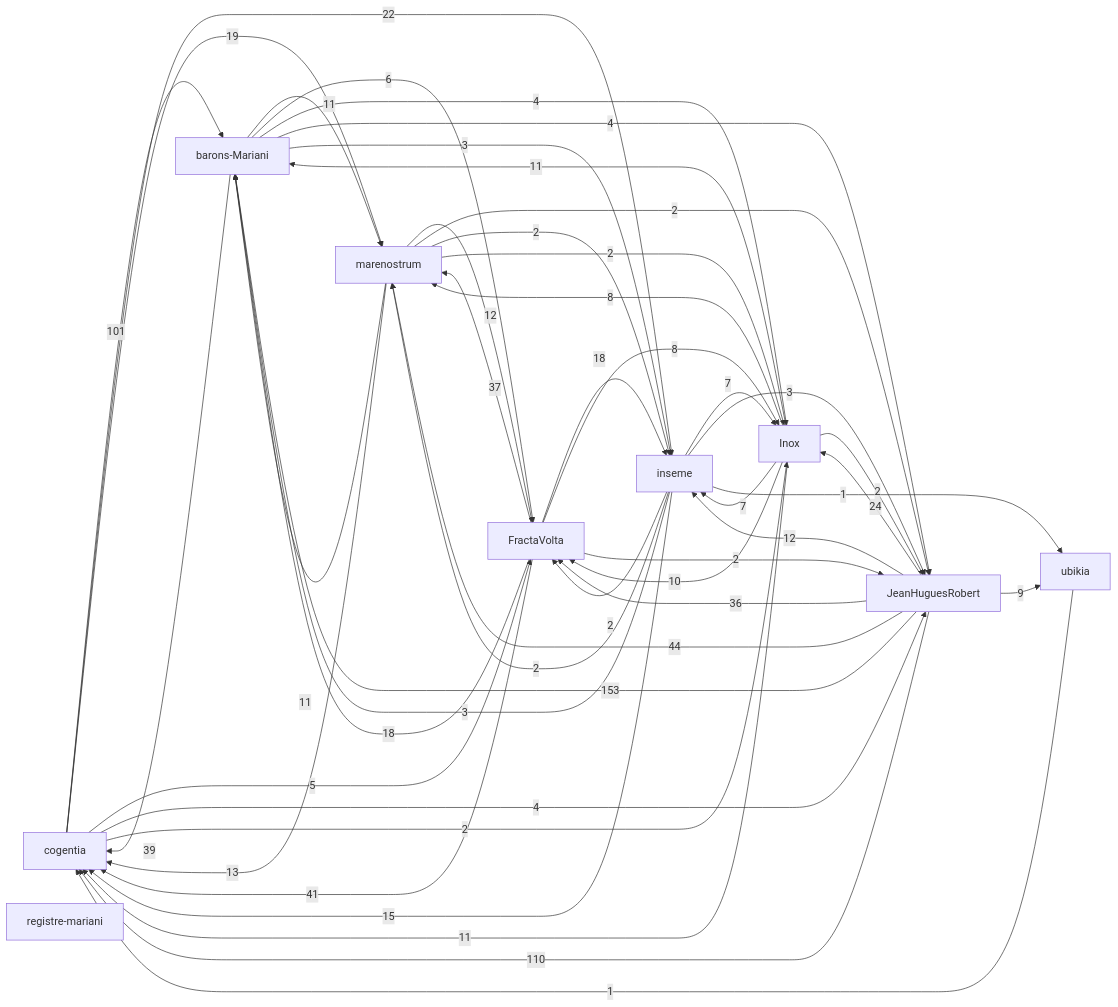
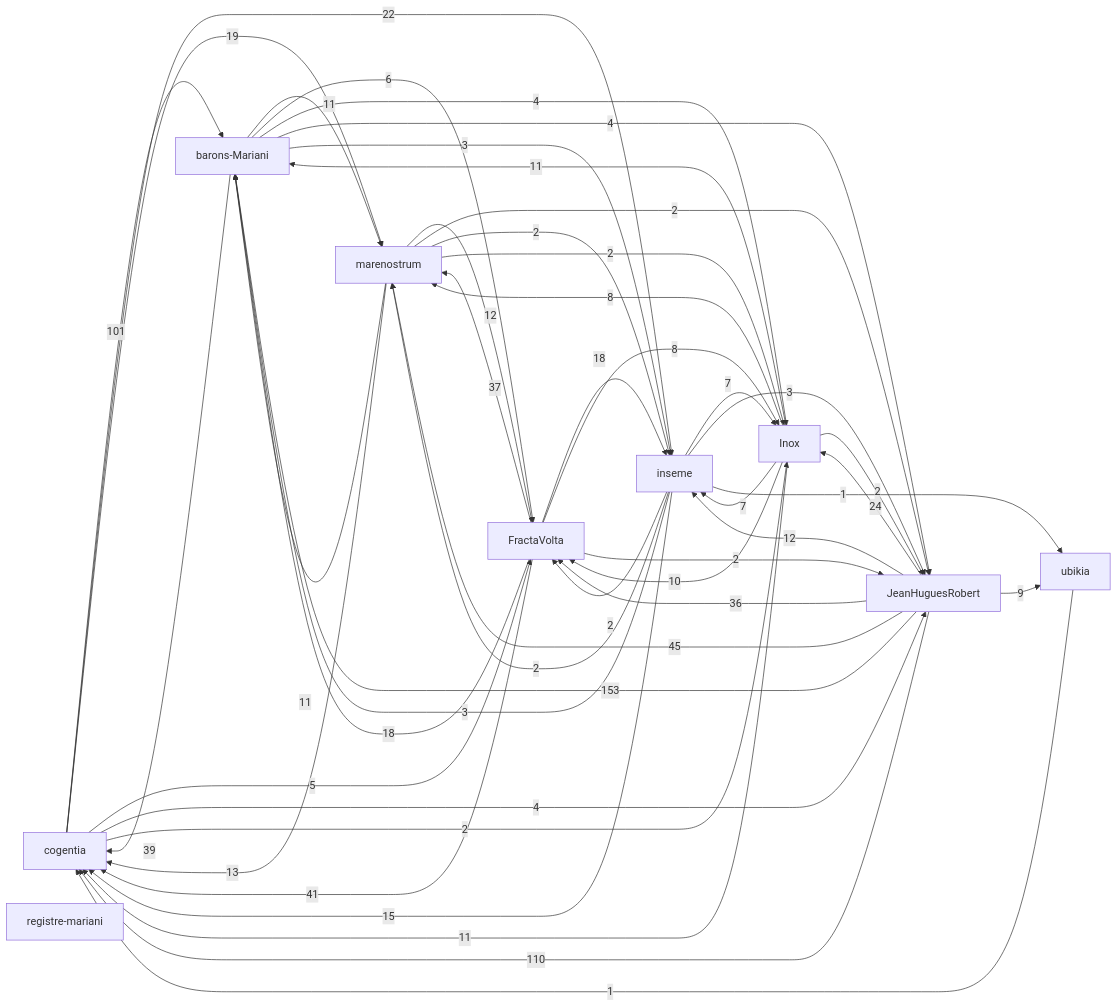
One commit to JeanHuguesRobert/FractaVolta changed the first of 2 diagrams in research/corpus-status.md. Above: the diagram before and after it, drawn with Mermaid.

Commit message:
Refresh corpus graph after catalog update

````diff
--- a/research/corpus-status.md
+++ b/research/corpus-status.md
@@ -48,57 +48,57 @@
 ```mermaid
 graph LR
   r_cogentia["cogentia"]
   r_fractavolta["FractaVolta"]
   r_marenostrum["marenostrum"]
   r_barons_mariani["barons-Mariani"]
   r_inseme["inseme"]
   r_inox["Inox"]
   r_registre_mariani["registre-mariani"]
   r_ubikia["ubikia"]
   r_jeanhuguesrobert["JeanHuguesRobert"]
   r_jeanhuguesrobert -->|153| r_barons_mariani
   r_jeanhuguesrobert -->|110| r_cogentia
   r_cogentia -->|101| r_barons_mariani
-  r_jeanhuguesrobert -->|44| r_marenostrum
+  r_jeanhuguesrobert -->|45| r_marenostrum
   r_fractavolta -->|41| r_cogentia
   r_barons_mariani -->|39| r_cogentia
   r_fractavolta -->|37| r_marenostrum
   r_jeanhuguesrobert -->|36| r_fractavolta
   r_jeanhuguesrobert -->|24| r_inox
   r_cogentia -->|22| r_inseme
   r_cogentia -->|19| r_marenostrum
   r_fractavolta -->|18| r_inseme
   r_fractavolta -->|18| r_barons_mariani
   r_inseme -->|15| r_cogentia
   r_marenostrum -->|13| r_cogentia
   r_jeanhuguesrobert -->|12| r_inseme
   r_marenostrum -->|12| r_fractavolta
   r_barons_mariani -->|11| r_marenostrum
   r_inox -->|11| r_barons_mariani
   r_inox -->|11| r_cogentia
   r_marenostrum -->|11| r_barons_mariani
   r_inox -->|10| r_fractavolta
   r_jeanhuguesrobert -->|9| r_ubikia
   r_fractavolta -->|8| r_inox
   r_inox -->|8| r_marenostrum
   r_inox -->|7| r_inseme
   r_inseme -->|7| r_inox
   r_barons_mariani -->|6| r_fractavolta
   r_cogentia -->|5| r_fractavolta
   r_barons_mariani -->|4| r_inox
   r_barons_mariani -->|4| r_jeanhuguesrobert
   r_cogentia -->|4| r_jeanhuguesrobert
   r_barons_mariani -->|3| r_inseme
   r_inseme -->|3| r_barons_mariani
   r_inseme -->|3| r_jeanhuguesrobert
   r_cogentia -->|2| r_inox
   r_fractavolta -->|2| r_jeanhuguesrobert
   r_inox -->|2| r_jeanhuguesrobert
   r_inseme -->|2| r_marenostrum
   r_inseme -->|2| r_fractavolta
   r_marenostrum -->|2| r_jeanhuguesrobert
   r_marenostrum -->|2| r_inseme
   r_marenostrum -->|2| r_inox
   r_inseme -->|1| r_ubikia
   r_ubikia -->|1| r_cogentia
 ```
````
